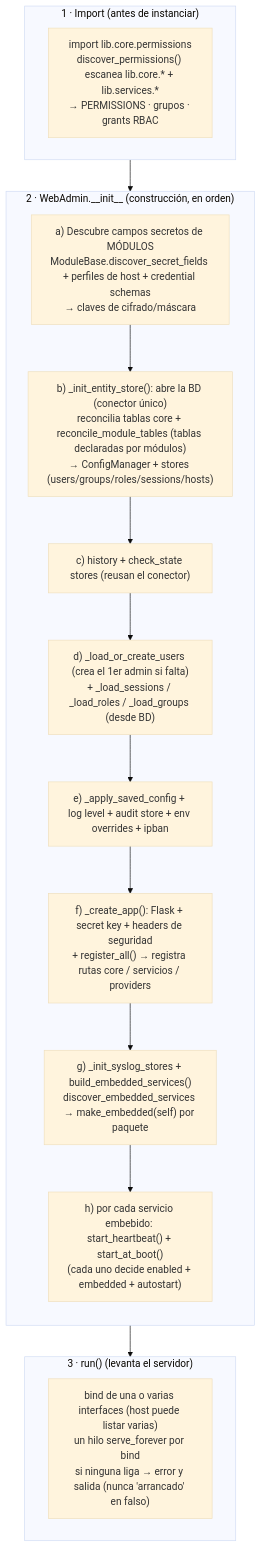
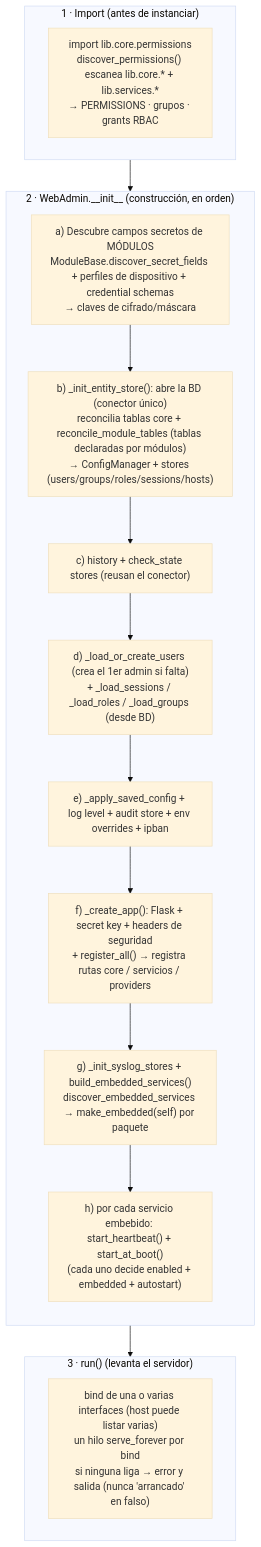
One commit to vsc55/ServiceSentry changed the diagram in docs/explica-web-admin.md. Above: the diagram before and after it, drawn with Mermaid (base theme). The commit also changed other lines of this file and 314 other files, not shown here.

````diff
--- a/docs/explica-web-admin.md
+++ b/docs/explica-web-admin.md
@@ -81,24 +81,24 @@
 ```mermaid
 flowchart TD
     subgraph imp["1 · Import (antes de instanciar)"]
         i1["import lib.core.permissions<br/>discover_permissions() escanea lib.core.* + lib.services.*<br/>→ PERMISSIONS · grupos · grants RBAC"]
     end
     imp --> ini
 
     subgraph ini["2 · WebAdmin.__init__ (construcción, en orden)"]
         direction TB
-        a["a) Descubre campos secretos de MÓDULOS<br/>ModuleBase.discover_secret_fields + perfiles de host + credential schemas<br/>→ claves de cifrado/máscara"]
+        a["a) Descubre campos secretos de MÓDULOS<br/>ModuleBase.discover_secret_fields + perfiles de dispositivo + credential schemas<br/>→ claves de cifrado/máscara"]
         a --> b["b) _init_entity_store(): abre la BD (conector único)<br/>reconcilia tablas core + reconcile_module_tables (tablas declaradas por módulos)<br/>→ ConfigManager + stores (users/groups/roles/sessions/hosts)"]
         b --> c["c) history + check_state stores (reusan el conector)"]
         c --> d["d) _load_or_create_users (crea el 1er admin si falta)<br/>+ _load_sessions / _load_roles / _load_groups (desde BD)"]
         d --> e["e) _apply_saved_config + log level + audit store + env overrides + ipban"]
         e --> f["f) _create_app(): Flask + secret key + headers de seguridad<br/>+ register_all() → registra rutas core / servicios / providers"]
         f --> g["g) _init_syslog_stores + build_embedded_services()<br/>discover_embedded_services → make_embedded(self) por paquete"]
         g --> h["h) por cada servicio embebido: start_heartbeat() + start_at_boot()<br/>(cada uno decide enabled + embedded + autostart)"]
     end
     ini --> run
 
     subgraph run["3 · run() (levanta el servidor)"]
         r1["bind de una o varias interfaces (host puede listar varias)<br/>un hilo serve_forever por bind<br/>si ninguna liga → error y salida (nunca 'arrancado' en falso)"]
     end
 ```
````
